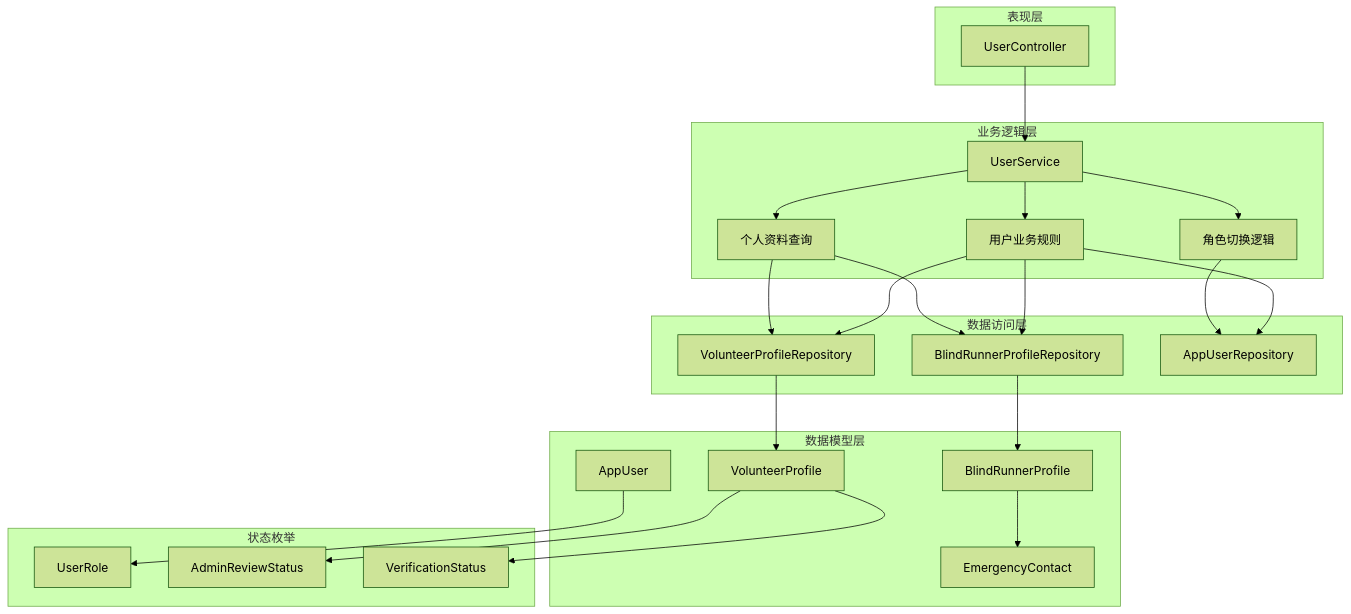
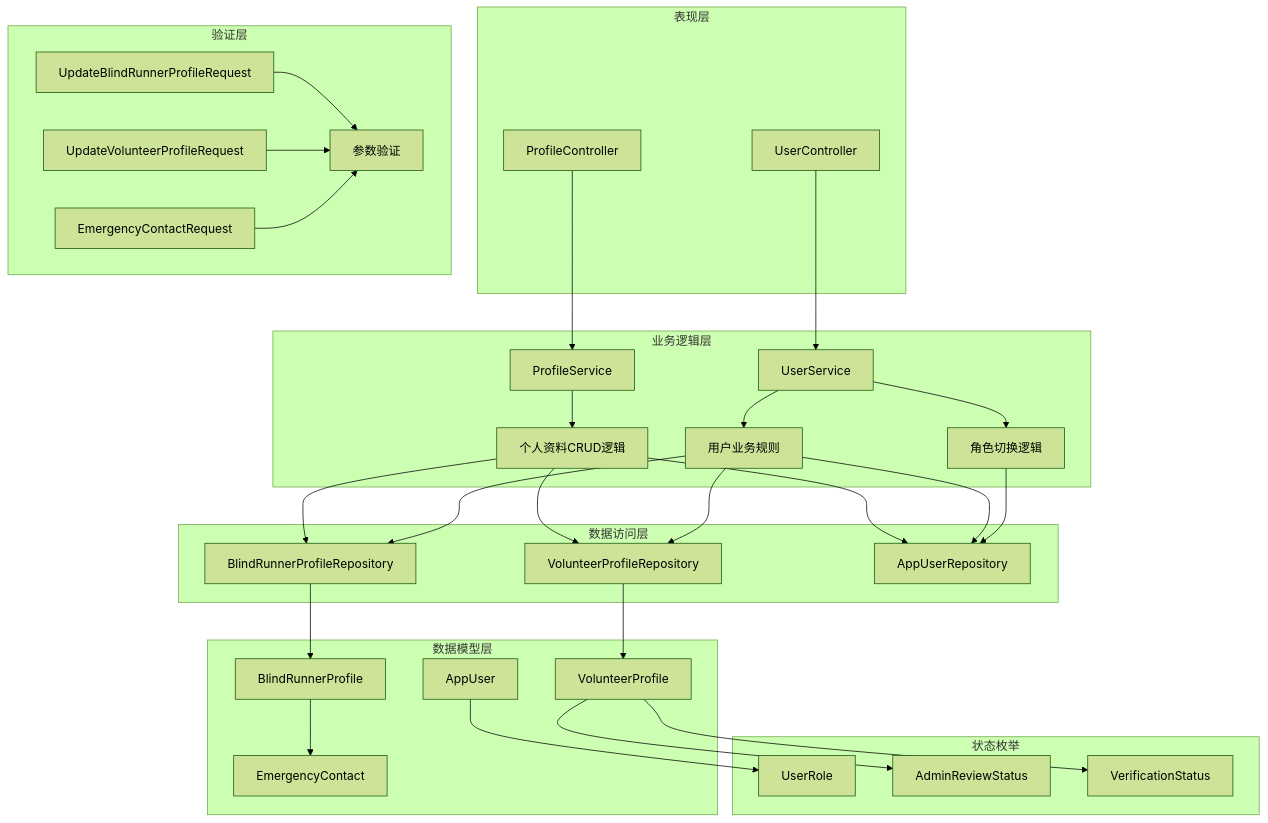
The second of 11 diagrams in .qoder/repowiki/zh/content/架构设计/模块化架构设计/Core 核心模块/个人资料管理模块.md (Jayden23018/blind-run-ios), drawn with Mermaid (forest theme) before and after one commit. The commit also changed other lines of this file and 13 other files, not shown here.

Commit message:
Fix volunteer profile flow and acceptance guards

````diff
--- a/.qoder/repowiki/zh/content/架构设计/模块化架构设计/Core 核心模块/个人资料管理模块.md
+++ b/.qoder/repowiki/zh/content/架构设计/模块化架构设计/Core 核心模块/个人资料管理模块.md
@@ -122,44 +161,57 @@
 ```mermaid
 graph TB
 subgraph "表现层"
-A[UserController]
+A[ProfileController]
+B[UserController]
 end
 subgraph "业务逻辑层"
-B[UserService]
-C[用户业务规则]
-D[角色切换逻辑]
-E[个人资料查询]
+C[ProfileService]
+D[UserService]
+E[个人资料CRUD逻辑]
+F[用户业务规则]
+G[角色切换逻辑]
 end
 subgraph "数据访问层"
-F[BlindRunnerProfileRepository]
-G[VolunteerProfileRepository]
-H[AppUserRepository]
+H[BlindRunnerProfileRepository]
+I[VolunteerProfileRepository]
+J[AppUserRepository]
 end
 subgraph "数据模型层"
-I[BlindRunnerProfile]
-J[VolunteerProfile]
-K[EmergencyContact]
-L[AppUser]
+K[BlindRunnerProfile]
+L[VolunteerProfile]
+M[EmergencyContact]
+N[AppUser]
+end
+subgraph "验证层"
+O[UpdateBlindRunnerProfileRequest]
+P[UpdateVolunteerProfileRequest]
+Q[EmergencyContactRequest]
+R[参数验证]
 end
 subgraph "状态枚举"
-M[UserRole]
-N[AdminReviewStatus]
-O[VerificationStatus]
+S[UserRole]
+T[AdminReviewStatus]
+U[VerificationStatus]
 end
-A --> B
-B --> C
+A --> C
 B --> D
-B --> E
-C --> F
-C --> G
-C --> H
-D --> H
-E --> F
-E --> G
+C --> E
+D --> F
+D --> G
+E --> H
+E --> I
+E --> J
+F --> H
 F --> I
+F --> J
 G --> J
-I --> K
-J --> N
-J --> O
-L --> M
+H --> K
+I --> L
+K --> M
+L --> T
+L --> U
+N --> S
+O --> R
+P --> R
+Q --> R
 ```
````
